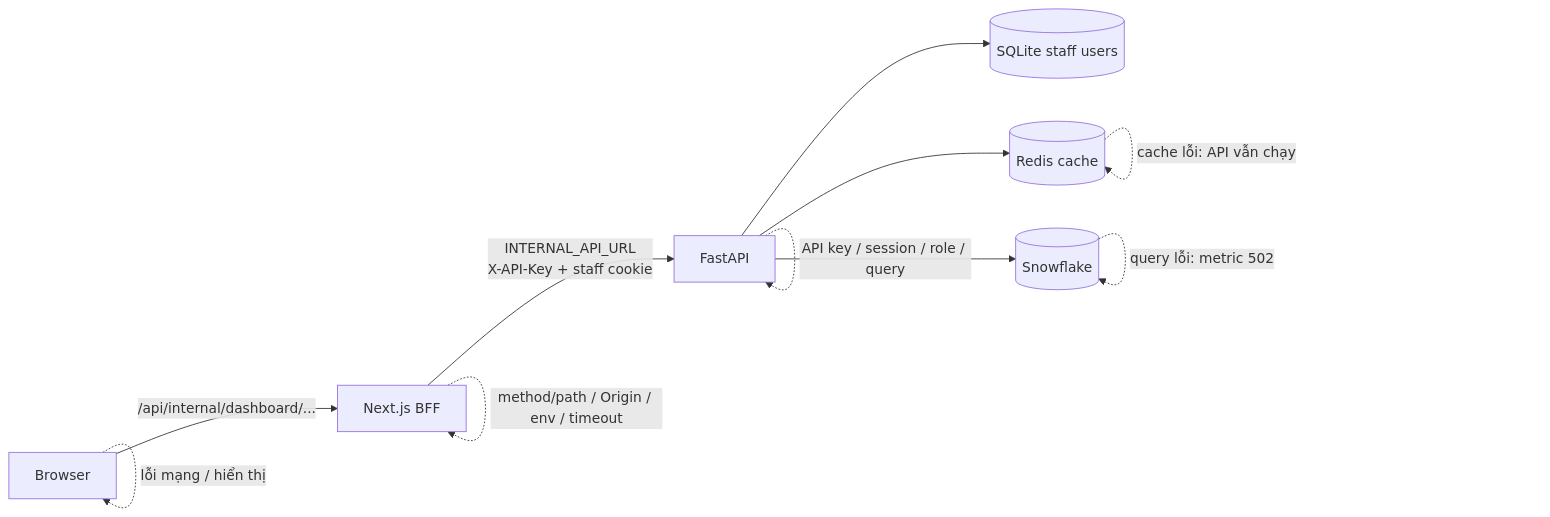
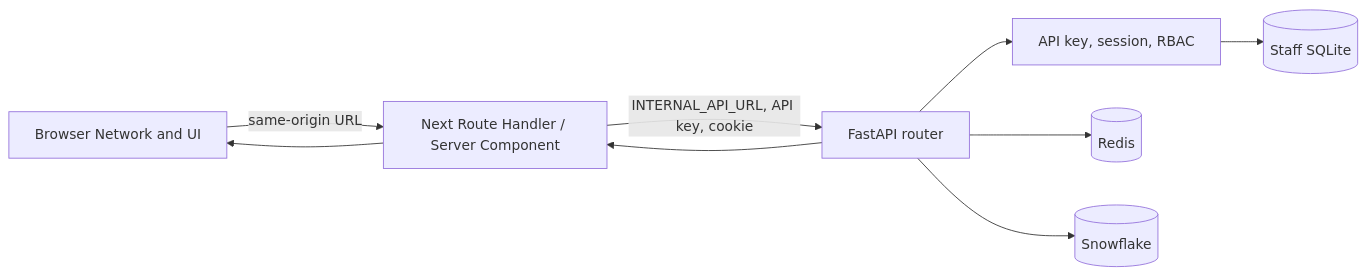
Before and after one commit to vothanhphu9x-pixel/superstore_ecommerce: the diagram in docs/frontend/error_tracing.md, drawn with Mermaid. The commit also changed other lines of this file and 21 other files, not shown here.

Commit message:
SUP-146/161 fix-2 feat:deploy next js for vercel & Fast-API vps by CD

````diff
--- a/docs/frontend/error_tracing.md
+++ b/docs/frontend/error_tracing.md
@@ -5,14 +5,19 @@
 ```mermaid
 flowchart LR
-    C[Browser] -->|/api/internal/dashboard/...| N[Next.js BFF]
-    N -->|INTERNAL_API_URL<br/>X-API-Key + staff cookie| F[FastAPI]
-    F --> U[(SQLite staff users)]
-    F --> R[(Redis cache)]
-    F --> S[(Snowflake)]
+    Browser[Browser Network and UI]
+    Next[Next Route Handler / Server Component]
+    API[FastAPI router]
+    Auth[API key, session, RBAC]
+    Redis[(Redis)]
+    SQLite[(Staff SQLite)]
+    Snowflake[(Snowflake)]
 
-    C -. lỗi mạng / hiển thị .-> C
-    N -. method/path / Origin / env / timeout .-> N
-    F -. API key / session / role / query .-> F
-    R -. cache lỗi: API vẫn chạy .-> R
-    S -. query lỗi: metric 502 .-> S
+    Browser -->|same-origin URL| Next
+    Next -->|INTERNAL_API_URL, API key, cookie| API
+    API --> Auth
+    Auth --> SQLite
+    API --> Redis
+    API --> Snowflake
+    API --> Next
+    Next --> Browser
 ```
````
